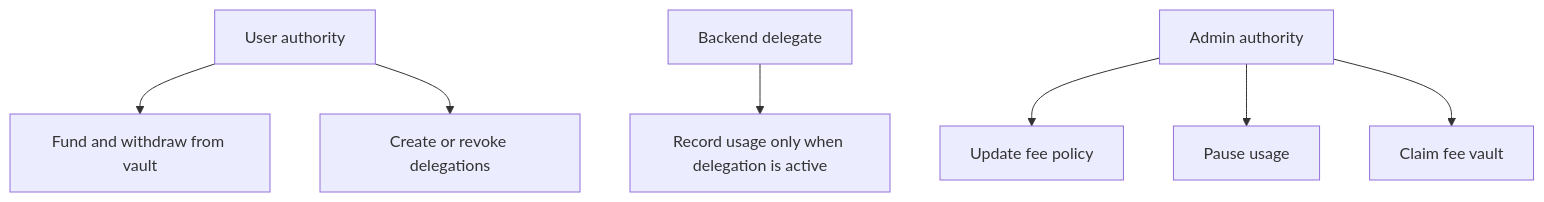
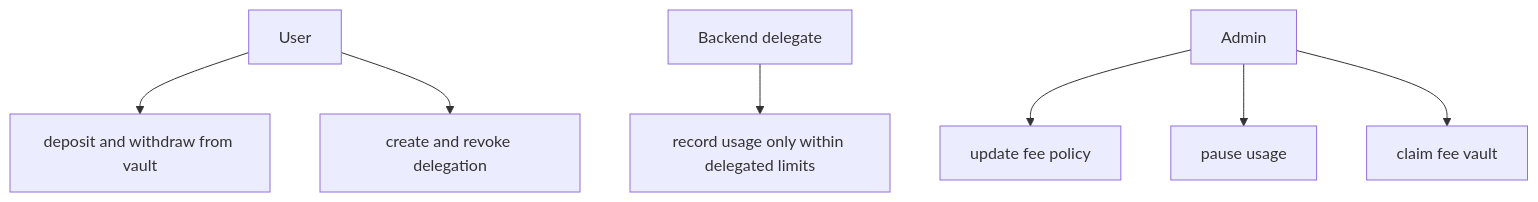
Before and after one commit to FajarArrizki/docs: the diagram in contract/security.mdx, drawn with Mermaid. The commit also changed other lines of this file and 22 other files, not shown here.

````diff
--- a/contract/security.mdx
+++ b/contract/security.mdx
@@ -10,11 +10,11 @@
 ```mermaid
 flowchart TD
-    A[User authority] --> A1[Fund and withdraw from vault]
-    A --> A2[Create or revoke delegations]
+    A[User] --> A1[deposit and withdraw from vault]
+    A --> A2[create and revoke delegation]
 
-    B[Backend delegate] --> B1[Record usage only when delegation is active]
+    B[Backend delegate] --> B1[record usage only within delegated limits]
 
-    C[Admin authority] --> C1[Update fee policy]
-    C --> C2[Pause usage]
-    C --> C3[Claim fee vault]
+    C[Admin] --> C1[update fee policy]
+    C --> C2[pause usage]
+    C --> C3[claim fee vault]
 ```
````
